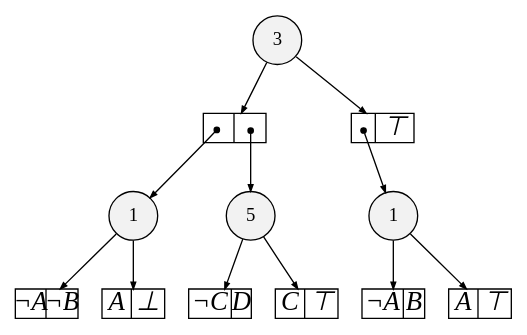
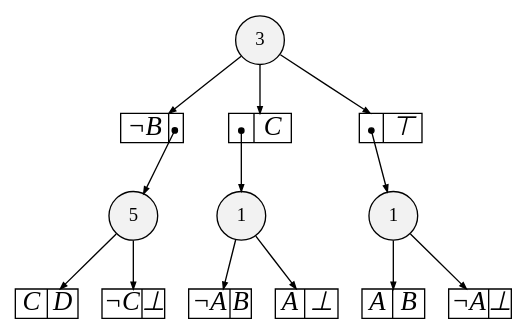
One commit to 09B21011/FTA-by-SDD changed the diagram in output/sdd.dot. Above: the diagram before and after it, drawn with Graphviz. The commit also changed 4 other files, not shown here.

```diff
--- a/output/sdd.dot
+++ b/output/sdd.dot
@@ -1,115 +1,127 @@
 
 digraph sdd {
 
 overlap=false
 
-{rank=same; n14 }
-{rank=same; n15 }
-{rank=same; n11 n12 }
+{rank=same; n16 }
+{rank=same; n17 }
+{rank=same; n11 n14 }
 
-n14 [label= "5",style=filled,fillcolor=gray95,shape=circle,height=.25,width=.25]; 
+n16 [label= "5",style=filled,fillcolor=gray95,shape=circle,height=.25,width=.25]; 
+n16e0
+      [label= "<L>C|<R>D",
+      shape=record,
+      fontsize=20,
+      fontname="Times-Italic",
+      fillcolor=white,
+      style=filled,
+      fixedsize=true,
+      height=.30, 
+      width=.65];
+
+n16->n16e0 [arrowsize=.50];
+n16e1
+      [label= "<L>&not;C|<R>&#8869;",
+      shape=record,
+      fontsize=20,
+      fontname="Times-Italic",
+      fillcolor=white,
+      style=filled,
+      fixedsize=true,
+      height=.30, 
+      width=.65];
+
+n16->n16e1 [arrowsize=.50];
+n17 [label= "3",style=filled,fillcolor=gray95,shape=circle,height=.25,width=.25]; 
+n17e0
+      [label= "<L>&not;B|<R>",
+      shape=record,
+      fontsize=20,
+      fontname="Times-Italic",
+      fillcolor=white,
+      style=filled,
+      fixedsize=true,
+      height=.30, 
+      width=.65];
+
+n17->n17e0 [arrowsize=.50];
+n17e0:R:c->n16 [arrowsize=.50,tailclip=false,arrowtail=dot,dir=both];
+n17e1
+      [label= "<L>|<R>C",
+      shape=record,
+      fontsize=20,
+      fontname="Times-Italic",
+      fillcolor=white,
+      style=filled,
+      fixedsize=true,
+      height=.30, 
+      width=.65];
+
+n17->n17e1 [arrowsize=.50];
+n17e1:L:c->n14 [arrowsize=.50,tailclip=false,arrowtail=dot,dir=both];
+n17e2
+      [label= "<L>|<R>&#8868;",
+      shape=record,
+      fontsize=20,
+      fontname="Times-Italic",
+      fillcolor=white,
+      style=filled,
+      fixedsize=true,
+      height=.30, 
+      width=.65];
+
+n17->n17e2 [arrowsize=.50];
+n17e2:L:c->n11 [arrowsize=.50,tailclip=false,arrowtail=dot,dir=both];
+n11 [label= "1",style=filled,fillcolor=gray95,shape=circle,height=.25,width=.25]; 
+n11e0
+      [label= "<L>A|<R>B",
+      shape=record,
+      fontsize=20,
+      fontname="Times-Italic",
+      fillcolor=white,
+      style=filled,
+      fixedsize=true,
+      height=.30, 
+      width=.65];
+
+n11->n11e0 [arrowsize=.50];
+n11e1
+      [label= "<L>&not;A|<R>&#8869;",
+      shape=record,
+      fontsize=20,
+      fontname="Times-Italic",
+      fillcolor=white,
+      style=filled,
+      fixedsize=true,
+      height=.30, 
+      width=.65];
+
+n11->n11e1 [arrowsize=.50];
+n14 [label= "1",style=filled,fillcolor=gray95,shape=circle,height=.25,width=.25]; 
 n14e0
-      [label= "<L>&not;C|<R>D",
+      [label= "<L>&not;A|<R>B",
       shape=record,
       fontsize=20,
       fontname="Times-Italic",
       fillcolor=white,
       style=filled,
       fixedsize=true,
       height=.30, 
       width=.65];
 
 n14->n14e0 [arrowsize=.50];
 n14e1
-      [label= "<L>C|<R>&#8868;",
+      [label= "<L>A|<R>&#8869;",
       shape=record,
       fontsize=20,
       fontname="Times-Italic",
       fillcolor=white,
       style=filled,
       fixedsize=true,
       height=.30, 
       width=.65];
 
 n14->n14e1 [arrowsize=.50];
-n15 [label= "3",style=filled,fillcolor=gray95,shape=circle,height=.25,width=.25]; 
-n15e0
-      [label= "<L>|<R>",
-      shape=record,
-      fontsize=20,
-      fontname="Times-Italic",
-      fillcolor=white,
-      style=filled,
-      fixedsize=true,
-      height=.30, 
-      width=.65];
-
-n15->n15e0 [arrowsize=.50];
-n15e0:L:c->n12 [arrowsize=.50,tailclip=false,arrowtail=dot,dir=both];
-n15e0:R:c->n14 [arrowsize=.50,tailclip=false,arrowtail=dot,dir=both];
-n15e1
-      [label= "<L>|<R>&#8868;",
-      shape=record,
-      fontsize=20,
-      fontname="Times-Italic",
-      fillcolor=white,
-      style=filled,
-      fixedsize=true,
-      height=.30, 
-      width=.65];
-
-n15->n15e1 [arrowsize=.50];
-n15e1:L:c->n11 [arrowsize=.50,tailclip=false,arrowtail=dot,dir=both];
-n11 [label= "1",style=filled,fillcolor=gray95,shape=circle,height=.25,width=.25]; 
-n11e0
-      [label= "<L>&not;A|<R>B",
-      shape=record,
-      fontsize=20,
-      fontname="Times-Italic",
-      fillcolor=white,
-      style=filled,
-      fixedsize=true,
-      height=.30, 
-      width=.65];
-
-n11->n11e0 [arrowsize=.50];
-n11e1
-      [label= "<L>A|<R>&#8868;",
-      shape=record,
-      fontsize=20,
-      fontname="Times-Italic",
-      fillcolor=white,
-      style=filled,
-      fixedsize=true,
-      height=.30, 
-      width=.65];
-
-n11->n11e1 [arrowsize=.50];
-n12 [label= "1",style=filled,fillcolor=gray95,shape=circle,height=.25,width=.25]; 
-n12e0
-      [label= "<L>&not;A|<R>&not;B",
-      shape=record,
-      fontsize=20,
-      fontname="Times-Italic",
-      fillcolor=white,
-      style=filled,
-      fixedsize=true,
-      height=.30, 
-      width=.65];
-
-n12->n12e0 [arrowsize=.50];
-n12e1
-      [label= "<L>A|<R>&#8869;",
-      shape=record,
-      fontsize=20,
-      fontname="Times-Italic",
-      fillcolor=white,
-      style=filled,
-      fixedsize=true,
-      height=.30, 
-      width=.65];
-
-n12->n12e1 [arrowsize=.50];
 
 
 }
```
